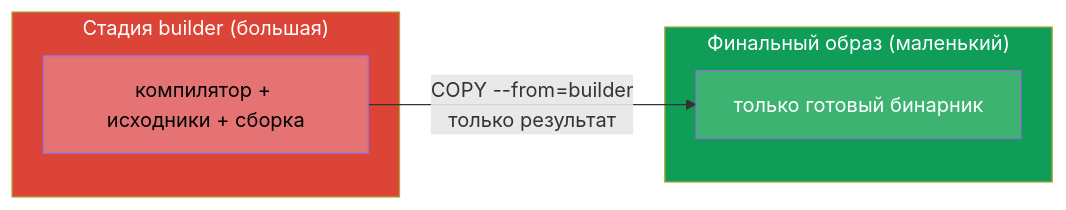
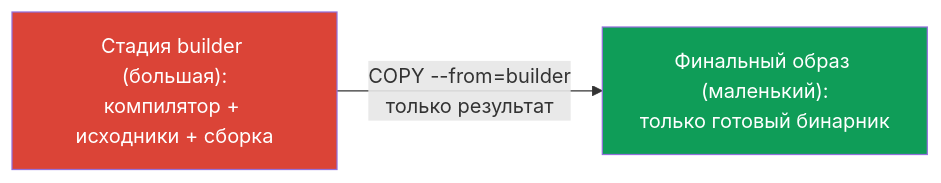
One commit to ViktorUJ/cks changed the third of 5 diagrams in tasks/cka/course/23/ru.md. Above: the diagram before and after it, drawn with Mermaid. The commit also changed other lines of this file and 30 other files, not shown here.

````diff
--- a/tasks/cka/course/23/ru.md
+++ b/tasks/cka/course/23/ru.md
@@ -121,14 +113,6 @@
 ```mermaid
 flowchart LR
-    subgraph Stage1["Стадия builder (большая)"]
-        s1["компилятор + исходники + сборка"]
-    end
-    subgraph Stage2["Финальный образ (маленький)"]
-        s2["только готовый бинарник"]
-    end
-    s1 -->|"COPY --from=builder<br>только результат"| s2
-    style Stage1 fill:#db4437,color:#fff
-    style Stage2 fill:#0f9d58,color:#fff
-    style s1 fill:#e57373,color:#000
-    style s2 fill:#3cb371,color:#fff
+    s1["Стадия builder (большая):<br>компилятор + исходники + сборка"] -->|"COPY --from=builder<br>только результат"| s2["Финальный образ (маленький):<br>только готовый бинарник"]
+    style s1 fill:#db4437,color:#fff
+    style s2 fill:#0f9d58,color:#fff
 ```
````
